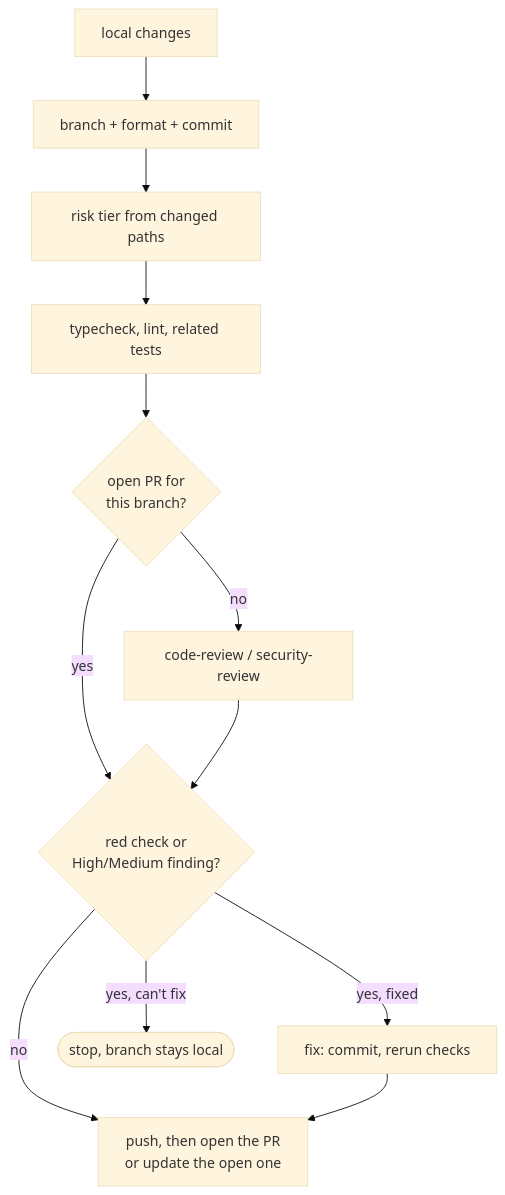
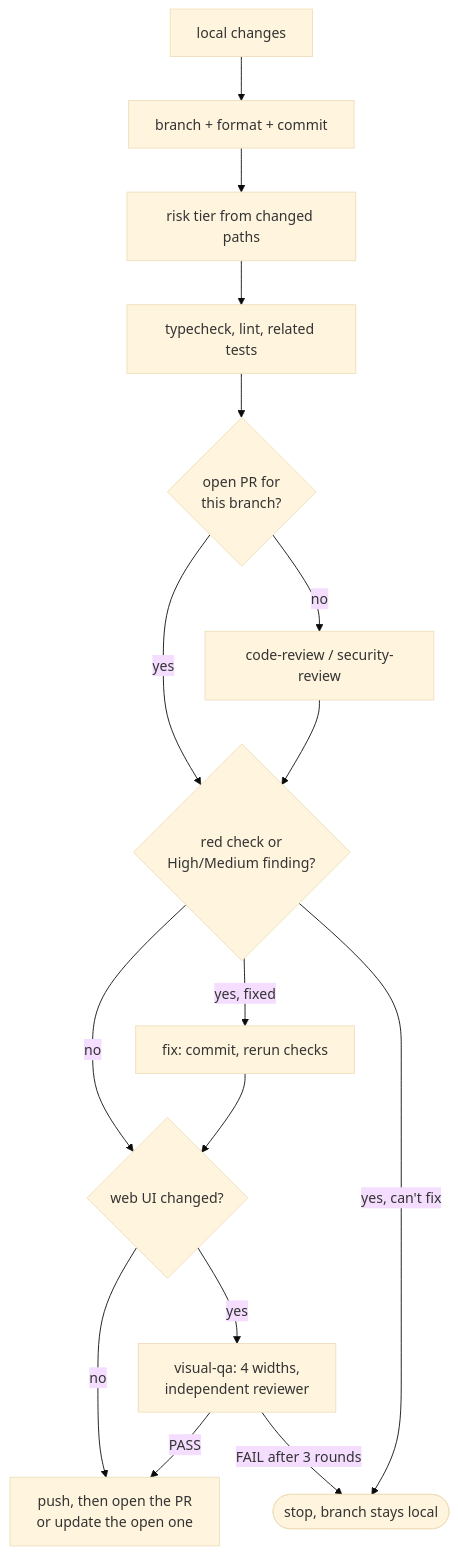
The second of 3 diagrams in README.md (zahidakhyar/skills), drawn with Mermaid (base theme) before and after one commit. The commit also changed other lines of this file and 5 other files, not shown here.

````diff
--- a/README.md
+++ b/README.md
@@ -112,14 +114,18 @@
 ```mermaid
 flowchart TD
     changes[local changes] --> branch[branch + format + commit]
     branch --> tier[risk tier from changed paths]
     tier --> checks[typecheck, lint, related tests]
     checks --> haspr{open PR for<br/>this branch?}
     haspr -- no --> review[code-review / security-review]
     haspr -- yes --> fixable
     review --> fixable{red check or<br/>High/Medium finding?}
-    fixable -- no --> push[push, then open the PR<br/>or update the open one]
+    fixable -- no --> ui{web UI changed?}
     fixable -- "yes, fixed" --> fixcommit[fix: commit, rerun checks]
-    fixcommit --> push
+    fixcommit --> ui
+    ui -- no --> push[push, then open the PR<br/>or update the open one]
+    ui -- yes --> vqa[visual-qa: 4 widths,<br/>independent reviewer]
+    vqa -- PASS --> push
+    vqa -- "FAIL after 3 rounds" --> stop
     fixable -- "yes, can't fix" --> stop([stop, branch stays local])
 ```
````
